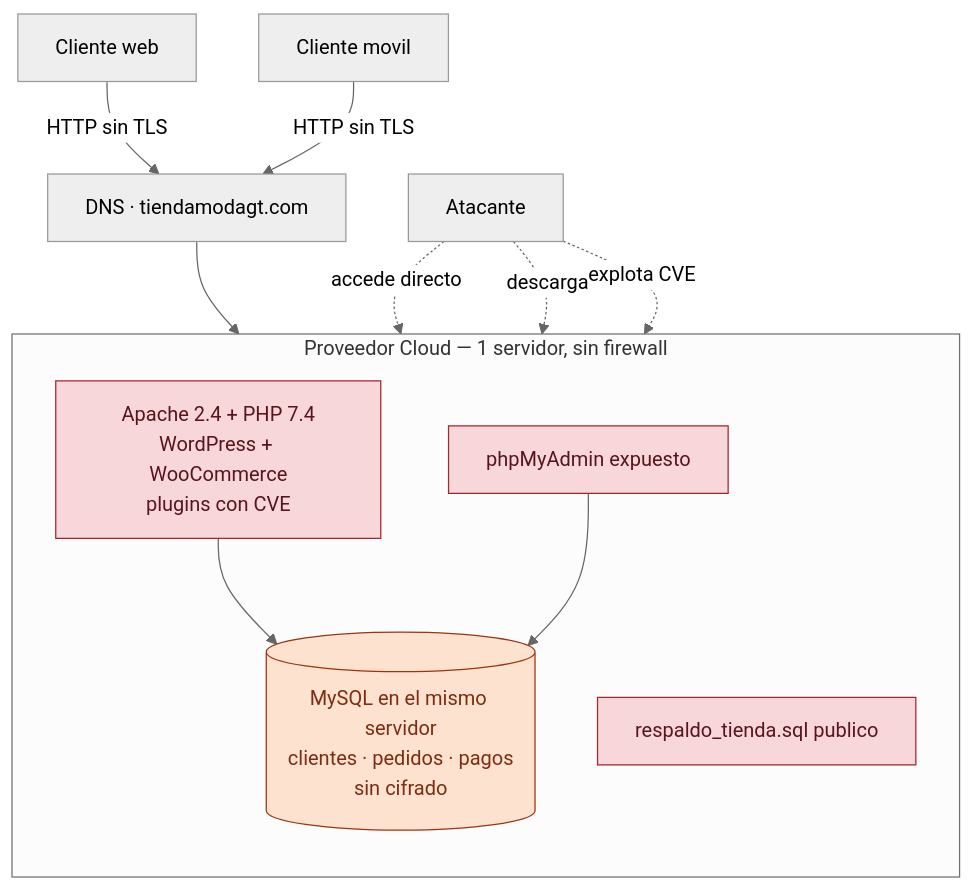
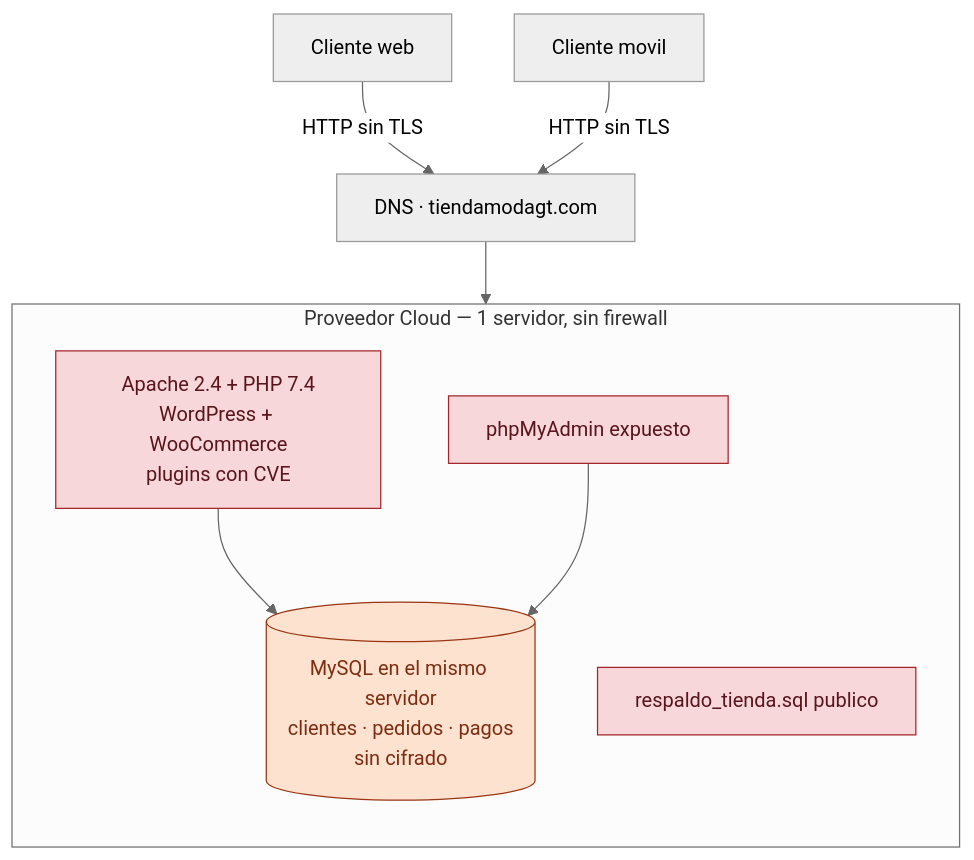
Before and after one commit to JavierNavas/tienda-moda-gt: the diagram in README.md, drawn with Mermaid (neutral theme). The commit also changed 1 other file, not shown here.

Commit message:
Quita el nodo atacante de los diagramas de arquitectura (va en el modelo de amenazas, no aqui)

````diff
--- a/README.md
+++ b/README.md
@@ -22,29 +22,25 @@
 ```mermaid
 flowchart TB
     WEB["Cliente web"]
     MOV["Cliente movil"]
-    ATK["Atacante"]
     DNS["DNS · tiendamodagt.com"]
 
     subgraph CLOUD["Proveedor Cloud — 1 servidor, sin firewall"]
         direction TB
         APA["Apache 2.4 + PHP 7.4<br/>WordPress + WooCommerce<br/>plugins con CVE"]
         PMA["phpMyAdmin expuesto"]
         BK["respaldo_tienda.sql publico"]
         DB[("MySQL en el mismo servidor<br/>clientes · pedidos · pagos<br/>sin cifrado")]
     end
 
     WEB -->|"HTTP sin TLS"| DNS
     MOV -->|"HTTP sin TLS"| DNS
     DNS --> APA
     APA --> DB
     PMA --> DB
-    ATK -.->|"accede directo"| PMA
-    ATK -.->|"descarga"| BK
-    ATK -.->|"explota CVE"| APA
 
     classDef bad fill:#f8d7da,stroke:#a3262a,color:#58151c;
     classDef db fill:#fde2cf,stroke:#9a3412,color:#7c2d12;
     class APA,PMA,BK bad;
     class DB db;
 ```
````
